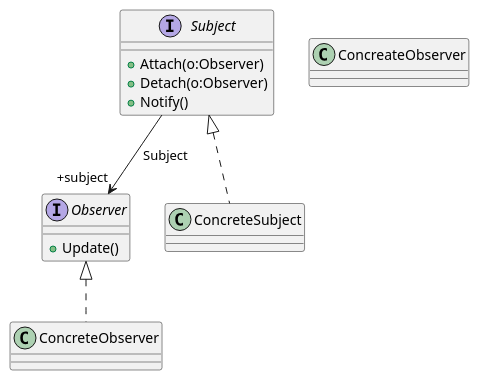
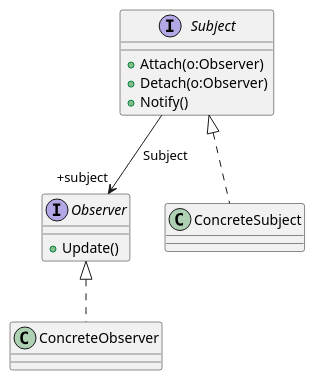
The diagram in src/main/java/cn/vector/pattern/observer/observer.puml (HuangVector/pattern_demo), drawn with PlantUML before and after one commit. The commit also changed 11 other files, not shown here.

```diff
--- a/src/main/java/cn/vector/pattern/observer/observer.puml
+++ b/src/main/java/cn/vector/pattern/observer/observer.puml
@@ -1,20 +1,20 @@
 @startuml
 
 interface Subject{
     +Attach(o:Observer)
     +Detach(o:Observer)
     +Notify()
 }
 interface Observer{
     +Update()
 }
 class ConcreteSubject{
 }
-class ConcreateObserver{
+class ConcreteObserver{
 }
 Subject --> "+subject" Observer:Subject
 Subject <|.. ConcreteSubject
 Observer <|.. ConcreteObserver
 
 
 @enduml
```
